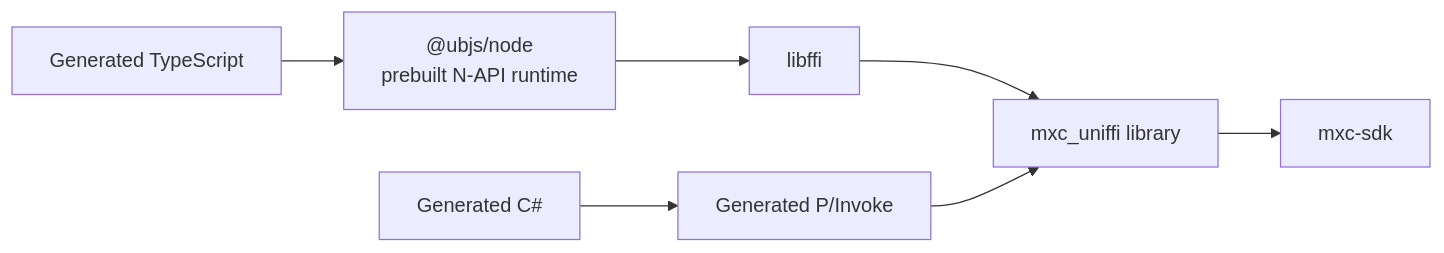
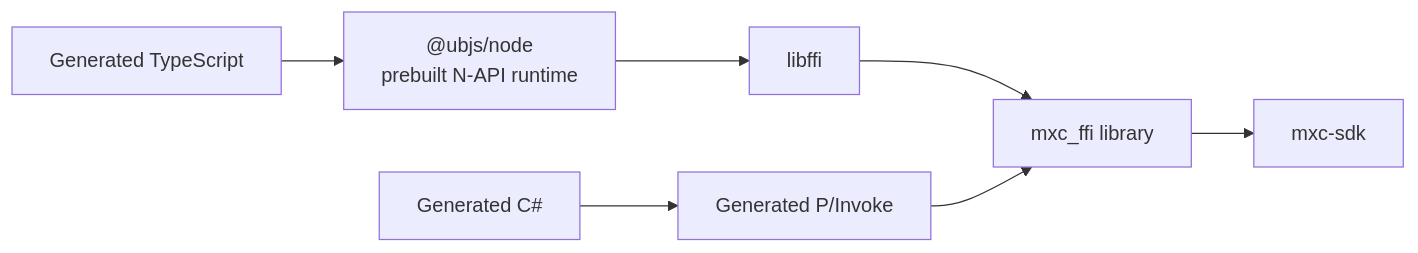
One commit to microsoft/mxc changed the third of 3 diagrams in docs/designs/SDK/uniffi-binding-generation.md. Above: the diagram before and after it, drawn with Mermaid. The commit also changed other lines of this file and 3 other files, not shown here.

First line of the commit message:
Align SDK unification design with single FFI library

````diff
--- a/docs/designs/SDK/uniffi-binding-generation.md
+++ b/docs/designs/SDK/uniffi-binding-generation.md
@@ -69,9 +69,9 @@
 ```mermaid
 flowchart LR
     TS[Generated TypeScript] --> N["@ubjs/node<br/>prebuilt N-API runtime"]
     N --> F[libffi]
-    F --> L[mxc_uniffi library]
+    F --> L[mxc_ffi library]
     CS[Generated C#] --> P[Generated P/Invoke]
     P --> L
     L --> S[mxc-sdk]
 ```
````
